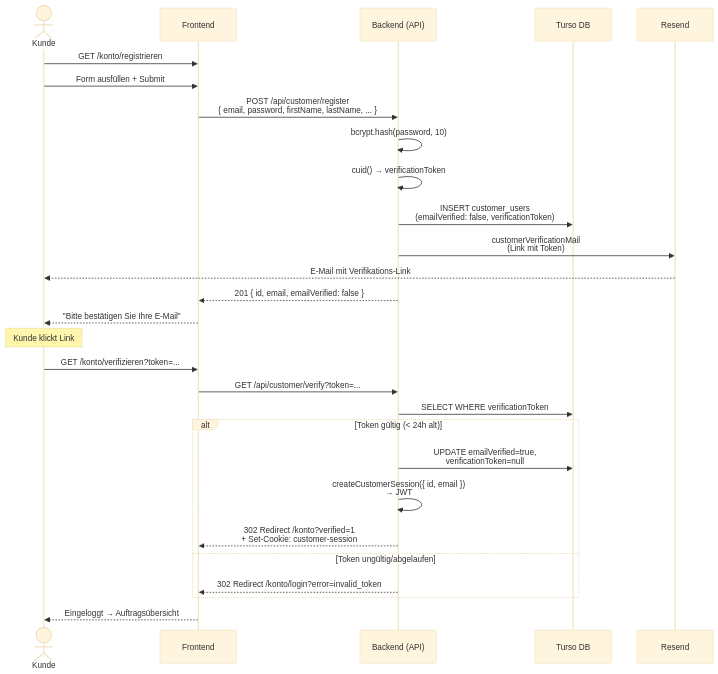
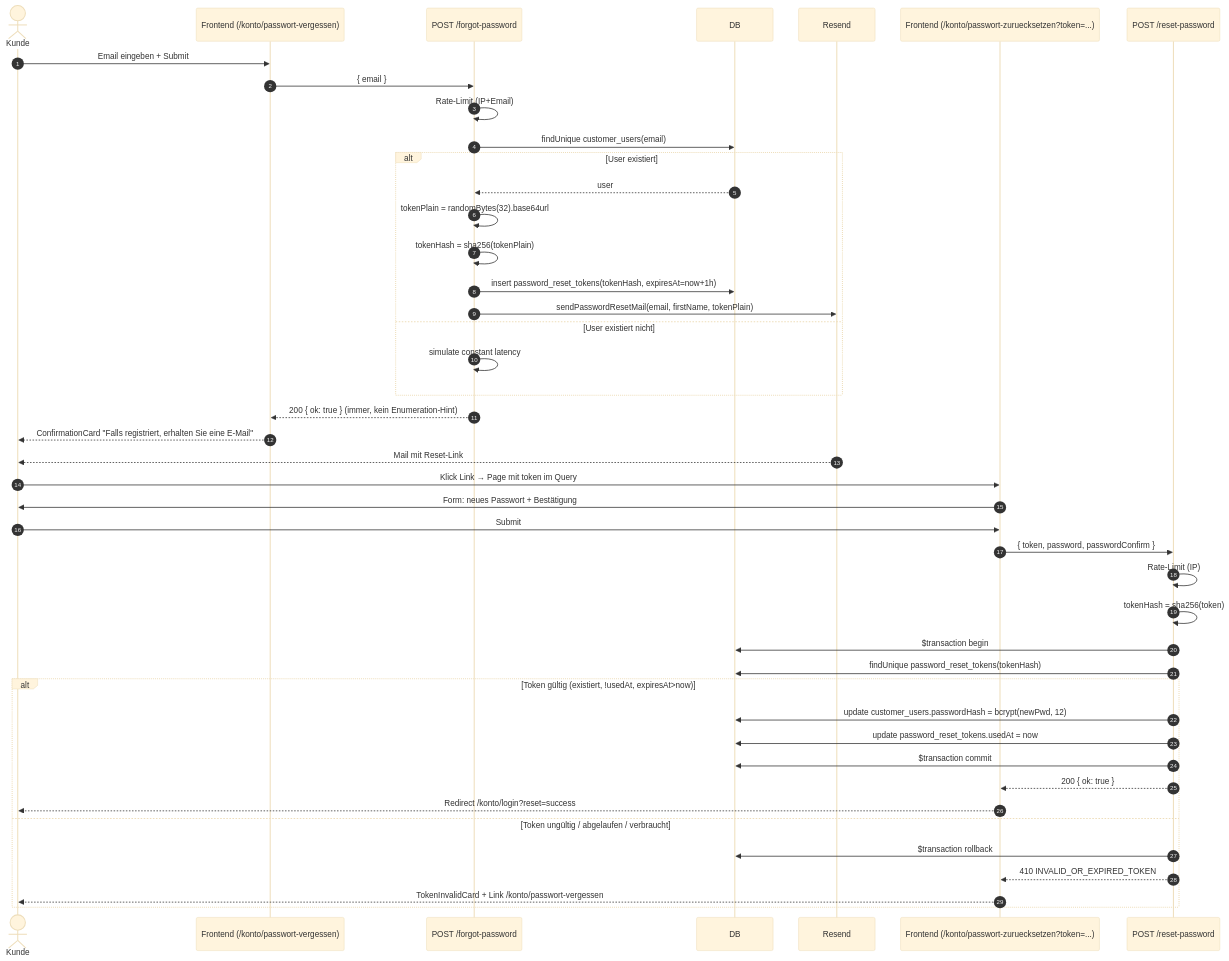
The third of 4 diagrams in project/design/diagrams/architecture.md (mikjung/baerenstark), drawn with Mermaid (base theme) before and after one commit. The commit also changed other lines of this file and 45 other files, not shown here.

````diff
--- a/project/design/diagrams/architecture.md
+++ b/project/design/diagrams/architecture.md
@@ -155,32 +178,49 @@
 ```mermaid
 sequenceDiagram
-    actor Customer as Kunde
-    participant FE as Frontend
-    participant BE as Backend (API)
-    participant DB as Turso DB
-    participant Mail as Resend
+    autonumber
+    actor User as Kunde
+    participant FE as Frontend (/konto/passwort-vergessen)
+    participant Forgot as POST /forgot-password
+    participant DB as DB
+    participant Resend as Resend
+    participant ResetFE as Frontend (/konto/passwort-zuruecksetzen?token=...)
+    participant Reset as POST /reset-password
 
-    Customer->>FE: GET /konto/registrieren
-    Customer->>FE: Form ausfüllen + Submit
-    FE->>BE: POST /api/customer/register<br/>{ email, password, firstName, lastName, ... }
-    BE->>BE: bcrypt.hash(password, 10)
-    BE->>BE: cuid() → verificationToken
-    BE->>DB: INSERT customer_users<br/>(emailVerified: false, verificationToken)
-    BE->>Mail: customerVerificationMail<br/>(Link mit Token)
-    Mail-->>Customer: E-Mail mit Verifikations-Link
-    BE-->>FE: 201 { id, email, emailVerified: false }
-    FE-->>Customer: "Bitte bestätigen Sie Ihre E-Mail"
+    User->>FE: Email eingeben + Submit
+    FE->>Forgot: { email }
+    Forgot->>Forgot: Rate-Limit (IP+Email)
+    Forgot->>DB: findUnique customer_users(email)
+    alt User existiert
+      DB-->>Forgot: user
+      Forgot->>Forgot: tokenPlain = randomBytes(32).base64url
+      Forgot->>Forgot: tokenHash = sha256(tokenPlain)
+      Forgot->>DB: insert password_reset_tokens(tokenHash, expiresAt=now+1h)
+      Forgot->>Resend: sendPasswordResetMail(email, firstName, tokenPlain)
+    else User existiert nicht
+      Forgot->>Forgot: simulate constant latency
+    end
+    Forgot-->>FE: 200 { ok: true }  (immer, kein Enumeration-Hint)
+    FE-->>User: ConfirmationCard "Falls registriert, erhalten Sie eine E-Mail"
 
-    Note over Customer: Kunde klickt Link
-    Customer->>FE: GET /konto/verifizieren?token=...
-    FE->>BE: GET /api/customer/verify?token=...
-    BE->>DB: SELECT WHERE verificationToken
-    alt Token gültig (< 24h alt)
-        BE->>DB: UPDATE emailVerified=true,<br/>verificationToken=null
-        BE->>BE: createCustomerSession({ id, email })<br/>→ JWT
-        BE-->>FE: 302 Redirect /konto?verified=1<br/>+ Set-Cookie: customer-session
-    else Token ungültig/abgelaufen
-        BE-->>FE: 302 Redirect /konto/login?error=invalid_token
+    Resend-->>User: Mail mit Reset-Link
+
+    User->>ResetFE: Klick Link → Page mit token im Query
+    ResetFE->>User: Form: neues Passwort + Bestätigung
+    User->>ResetFE: Submit
+    ResetFE->>Reset: { token, password, passwordConfirm }
+    Reset->>Reset: Rate-Limit (IP)
+    Reset->>Reset: tokenHash = sha256(token)
+    Reset->>DB: $transaction begin
+    Reset->>DB: findUnique password_reset_tokens(tokenHash)
+    alt Token gültig (existiert, !usedAt, expiresAt>now)
+      Reset->>DB: update customer_users.passwordHash = bcrypt(newPwd, 12)
+      Reset->>DB: update password_reset_tokens.usedAt = now
+      Reset->>DB: $transaction commit
+      Reset-->>ResetFE: 200 { ok: true }
+      ResetFE-->>User: Redirect /konto/login?reset=success
+    else Token ungültig / abgelaufen / verbraucht
+      Reset->>DB: $transaction rollback
+      Reset-->>ResetFE: 410 INVALID_OR_EXPIRED_TOKEN
+      ResetFE-->>User: TokenInvalidCard + Link /konto/passwort-vergessen
     end
-    FE-->>Customer: Eingeloggt → Auftragsübersicht
 ```
````
